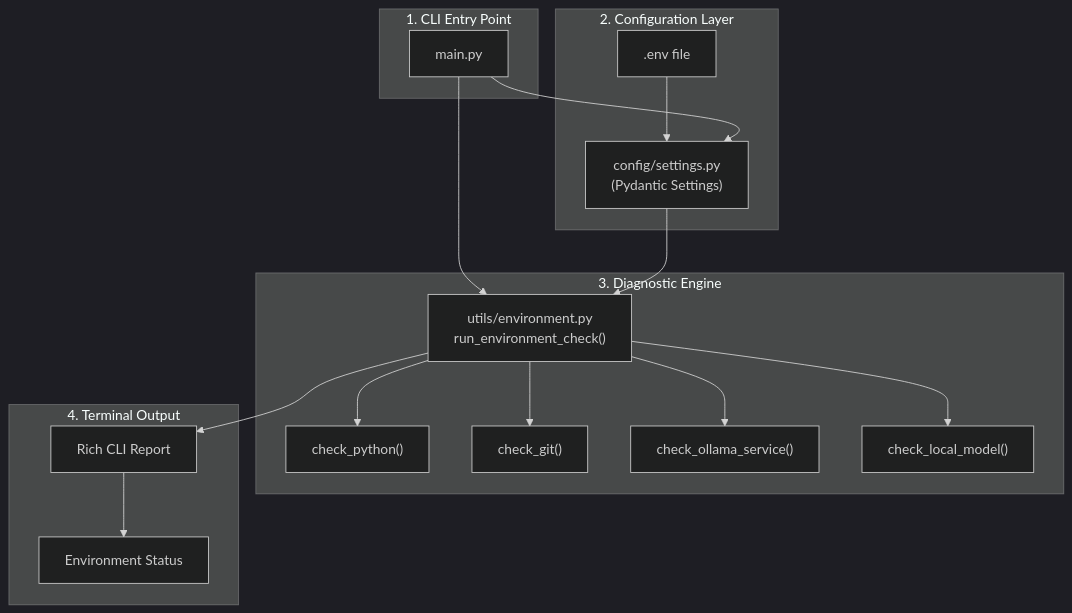
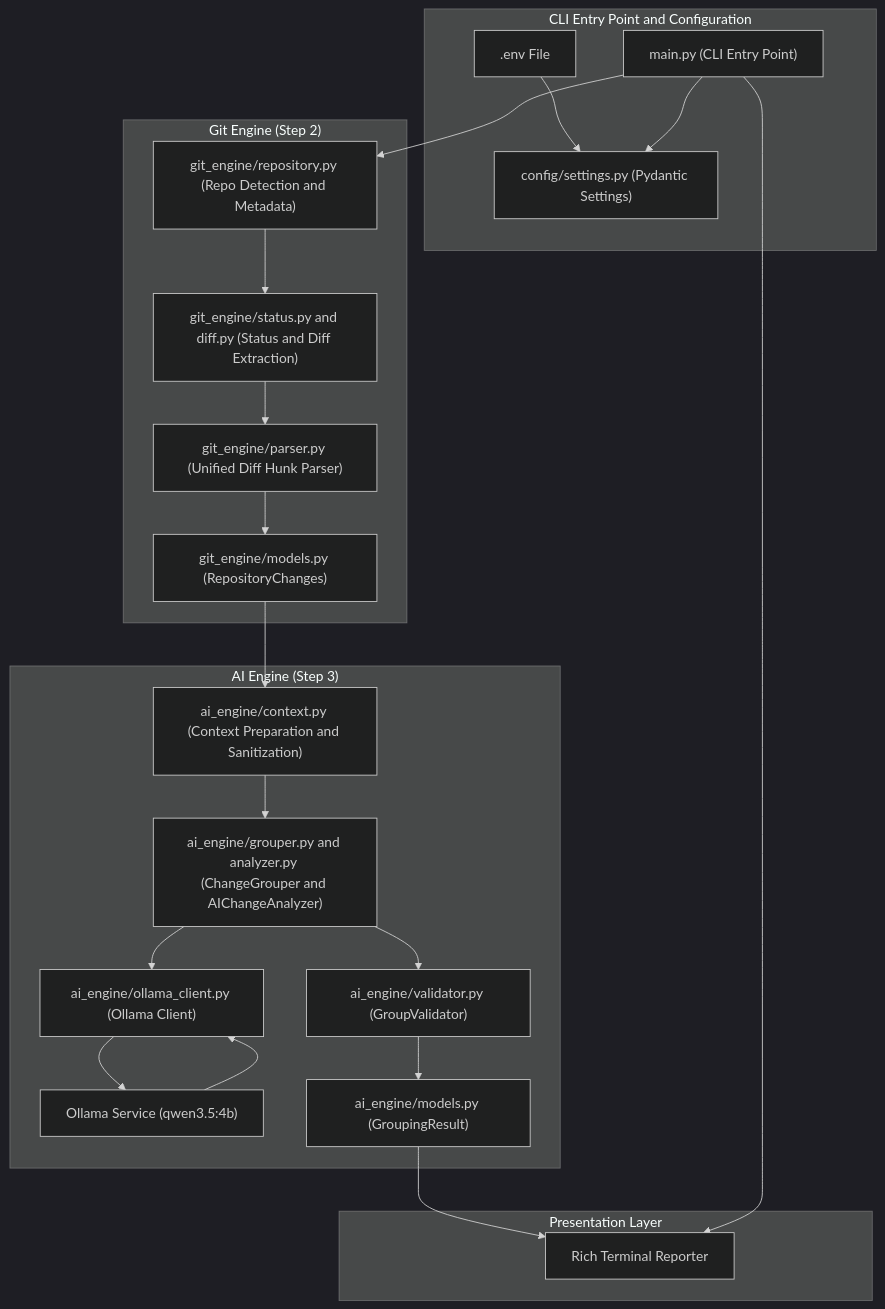
Before and after one commit to tatvam-pixel/Commit-Surgeon: the diagram in WALKTHROUGH.md, drawn with Mermaid (dark theme). The commit also changed other lines of this file and 26 other files, not shown here.

````diff
--- a/WALKTHROUGH.md
+++ b/WALKTHROUGH.md
@@ -34,34 +46,43 @@
 ```mermaid
 flowchart TD
-    subgraph Entry["1. CLI Entry Point"]
-        Main["main.py"]
+    subgraph CLI["CLI Entry Point and Configuration"]
+        Main["main.py (CLI Entry Point)"]
+        DotEnv[".env File"] --> Settings["config/settings.py (Pydantic Settings)"]
+        Main --> Settings
     end
 
-    subgraph ConfigLayer["2. Configuration Layer"]
-        DotEnv[".env file"] --> Settings["config/settings.py<br/>(Pydantic Settings)"]
+    subgraph GitEngine["Git Engine (Step 2)"]
+        RepoDetect["git_engine/repository.py (Repo Detection and Metadata)"]
+        StatusDiff["git_engine/status.py and diff.py (Status and Diff Extraction)"]
+        Parser["git_engine/parser.py (Unified Diff Hunk Parser)"]
+        RepoChanges["git_engine/models.py (RepositoryChanges)"]
+
+        Main --> RepoDetect
+        RepoDetect --> StatusDiff
+        StatusDiff --> Parser
+        Parser --> RepoChanges
     end
 
-    subgraph Diagnostics["3. Diagnostic Engine"]
-        EnvCheck["utils/environment.py<br/>run_environment_check()"]
-        CheckPy["check_python()"]
-        CheckGit["check_git()"]
-        CheckOllama["check_ollama_service()"]
-        CheckModel["check_local_model()"]
+    subgraph AIEngine["AI Engine (Step 3)"]
+        Context["ai_engine/context.py (Context Preparation and Sanitization)"]
+        Grouper["ai_engine/grouper.py and analyzer.py (ChangeGrouper and AIChangeAnalyzer)"]
+        Client["ai_engine/ollama_client.py (Ollama Client)"]
+        OllamaModel["Ollama Service (qwen3.5:4b)"]
+        Validator["ai_engine/validator.py (GroupValidator)"]
+        GroupingResult["ai_engine/models.py (GroupingResult)"]
 
-        EnvCheck --> CheckPy
-        EnvCheck --> CheckGit
-        EnvCheck --> CheckOllama
-        EnvCheck --> CheckModel
+        RepoChanges --> Context
+        Context --> Grouper
+        Grouper --> Client
+        Client --> OllamaModel
+        OllamaModel --> Client
+        Grouper --> Validator
+        Validator --> GroupingResult
     end
 
-    subgraph Output["4. Terminal Output"]
-        Rich["Rich CLI Report"]
-        Report["Environment Status"]
+    subgraph Presentation["Presentation Layer"]
+        RichOutput["Rich Terminal Reporter"]
+        GroupingResult --> RichOutput
+        Main --> RichOutput
     end
-
-    Main --> Settings
-    Main --> EnvCheck
-    Settings --> EnvCheck
-    EnvCheck --> Rich
-    Rich --> Report
 ```
````
